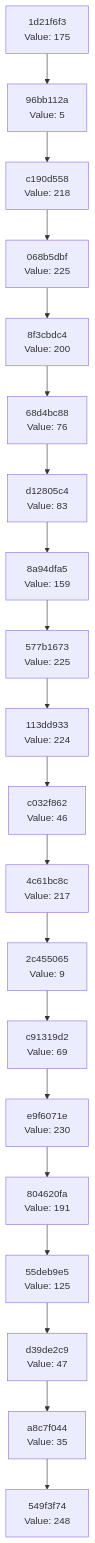
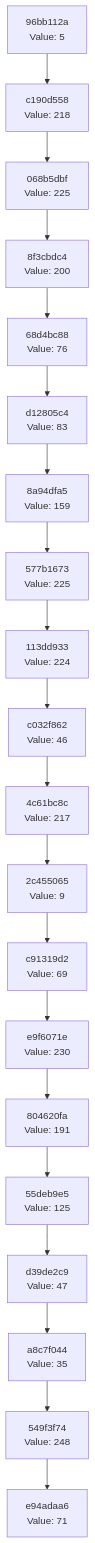
The diagram in docs/CHAIN_VISUALIZATION.md (Abhisheksinha1506/hash-chain-evolver), drawn with Mermaid before and after one commit. The commit also changed 2 other files, not shown here.

Commit message:
Evolution Step

````diff
--- a/docs/CHAIN_VISUALIZATION.md
+++ b/docs/CHAIN_VISUALIZATION.md
@@ -3,42 +3,42 @@
 ```mermaid
 graph TD
-    C0["549f3f74<br/>Value: 248"]
-    C1["a8c7f044<br/>Value: 35"]
+    C0["e94adaa6<br/>Value: 71"]
+    C1["549f3f74<br/>Value: 248"]
     C1 --> C0
-    C2["d39de2c9<br/>Value: 47"]
+    C2["a8c7f044<br/>Value: 35"]
     C2 --> C1
-    C3["55deb9e5<br/>Value: 125"]
+    C3["d39de2c9<br/>Value: 47"]
     C3 --> C2
-    C4["804620fa<br/>Value: 191"]
+    C4["55deb9e5<br/>Value: 125"]
     C4 --> C3
-    C5["e9f6071e<br/>Value: 230"]
+    C5["804620fa<br/>Value: 191"]
     C5 --> C4
-    C6["c91319d2<br/>Value: 69"]
+    C6["e9f6071e<br/>Value: 230"]
     C6 --> C5
-    C7["2c455065<br/>Value: 9"]
+    C7["c91319d2<br/>Value: 69"]
     C7 --> C6
-    C8["4c61bc8c<br/>Value: 217"]
+    C8["2c455065<br/>Value: 9"]
     C8 --> C7
-    C9["c032f862<br/>Value: 46"]
+    C9["4c61bc8c<br/>Value: 217"]
     C9 --> C8
-    C10["113dd933<br/>Value: 224"]
+    C10["c032f862<br/>Value: 46"]
     C10 --> C9
-    C11["577b1673<br/>Value: 225"]
+    C11["113dd933<br/>Value: 224"]
     C11 --> C10
-    C12["8a94dfa5<br/>Value: 159"]
+    C12["577b1673<br/>Value: 225"]
     C12 --> C11
-    C13["d12805c4<br/>Value: 83"]
+    C13["8a94dfa5<br/>Value: 159"]
     C13 --> C12
-    C14["68d4bc88<br/>Value: 76"]
+    C14["d12805c4<br/>Value: 83"]
     C14 --> C13
-    C15["8f3cbdc4<br/>Value: 200"]
+    C15["68d4bc88<br/>Value: 76"]
     C15 --> C14
-    C16["068b5dbf<br/>Value: 225"]
+    C16["8f3cbdc4<br/>Value: 200"]
     C16 --> C15
-    C17["c190d558<br/>Value: 218"]
+    C17["068b5dbf<br/>Value: 225"]
     C17 --> C16
-    C18["96bb112a<br/>Value: 5"]
+    C18["c190d558<br/>Value: 218"]
     C18 --> C17
-    C19["1d21f6f3<br/>Value: 175"]
+    C19["96bb112a<br/>Value: 5"]
     C19 --> C18
 ```
````
